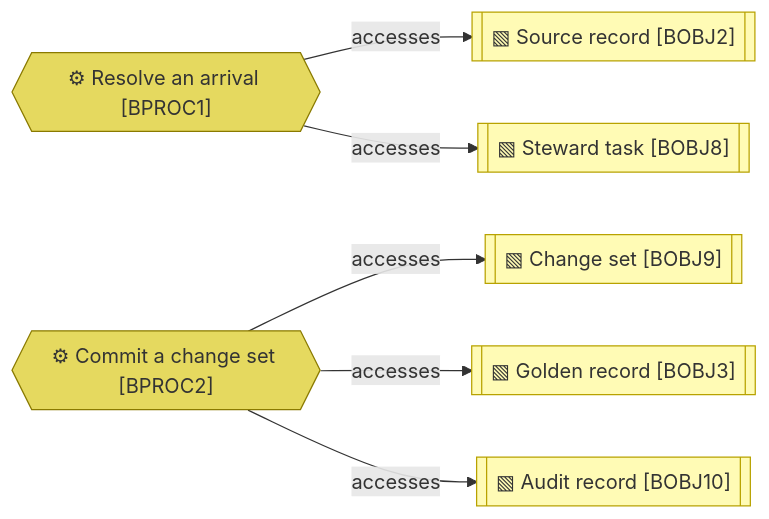
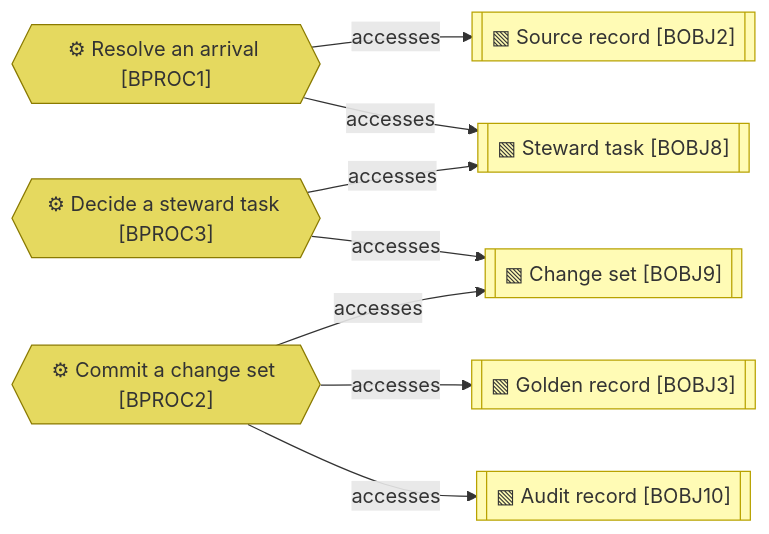
One commit to roanboc/dbx-master-data-manager changed the second of 2 diagrams in architecture/2_business/3_business-processes.md. Above: the diagram before and after it, drawn with Mermaid. The commit also changed other lines of this file and 43 other files, not shown here.

````diff
--- a/architecture/2_business/3_business-processes.md
+++ b/architecture/2_business/3_business-processes.md
@@ -50,19 +64,22 @@
 ```mermaid
 flowchart LR
   bproc1{{"⚙ Resolve an arrival [BPROC1]"}}:::process
   bproc2{{"⚙ Commit a change set [BPROC2]"}}:::process
+  bproc3{{"⚙ Decide a steward task [BPROC3]"}}:::process
   bobj2[["▧ Source record [BOBJ2]"]]:::object
   bobj8[["▧ Steward task [BOBJ8]"]]:::object
   bobj9[["▧ Change set [BOBJ9]"]]:::object
   bobj3[["▧ Golden record [BOBJ3]"]]:::object
   bobj10[["▧ Audit record [BOBJ10]"]]:::object
 
   bproc1 -->|accesses| bobj2
   bproc1 -->|accesses| bobj8
   bproc2 -->|accesses| bobj9
   bproc2 -->|accesses| bobj3
   bproc2 -->|accesses| bobj10
+  bproc3 -->|accesses| bobj8
+  bproc3 -->|accesses| bobj9
 
   classDef process fill:#e5d95f,stroke:#8a7a00,color:#333
   classDef object fill:#fffbb5,stroke:#b8a200,color:#333
 ```
````
